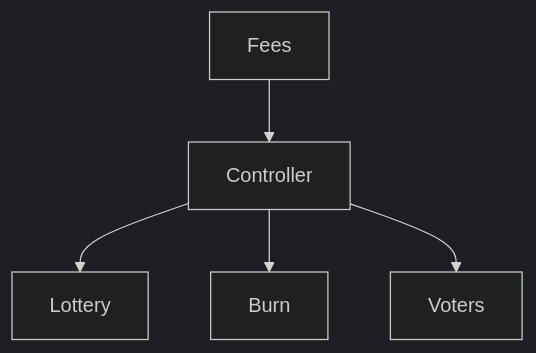
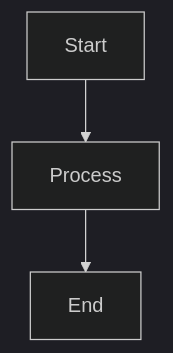
One commit to 4626fun/4626 changed the diagram in docs/reference/diagram-style-guide.md. Above: the diagram before and after it, drawn with Mermaid (dark theme). The commit also changed other lines of this file and 67 other files, not shown here.

````diff
--- a/docs/reference/diagram-style-guide.md
+++ b/docs/reference/diagram-style-guide.md
@@ -286,7 +14,5 @@
 ```mermaid
-flowchart TD
-    Fees --> Controller
-    Controller --> A[Lottery]
-    Controller --> B[Burn]
-    Controller --> C[Voters]
+graph TD
+    A[Start] --> B[Process]
+    B --> C[End]
 ```
````
